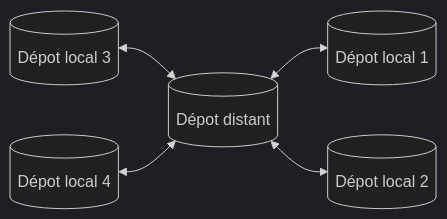
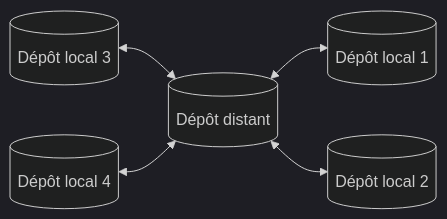
Before and after one commit to ludo2ne/Git-tuto: the first of 2 diagrams in doc/presentation.qmd, drawn with Mermaid (dark theme). The commit also changed other lines of this file, not shown here.

````diff
--- a/doc/presentation.qmd
+++ b/doc/presentation.qmd
@@ -361,13 +376,13 @@
 ```{mermaid}
 flowchart LR
-    github[(Dépot distant)]
-    dev1[(Dépot local 1)]
-    dev2[(Dépot local 2)]
-    dev3[(Dépot local 3)]
-    dev4[(Dépot local 4)]
+    github[(Dépôt distant)]
+    dev1[(Dépôt local 1)]
+    dev2[(Dépôt local 2)]
+    dev3[(Dépôt local 3)]
+    dev4[(Dépôt local 4)]
     
     github <--> dev1
     github <--> dev2
     dev3 <--> github
     dev4 <--> github
 ```
````
